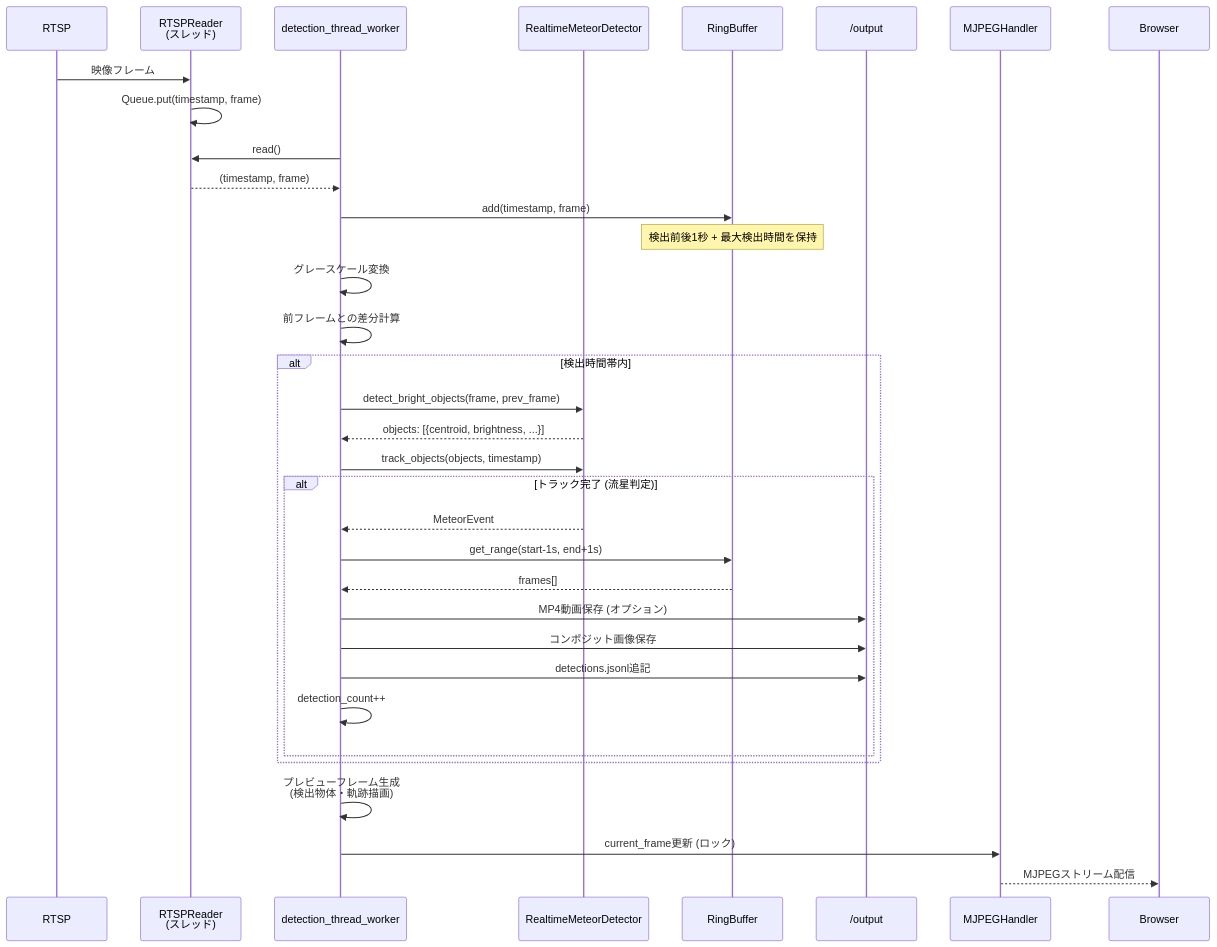
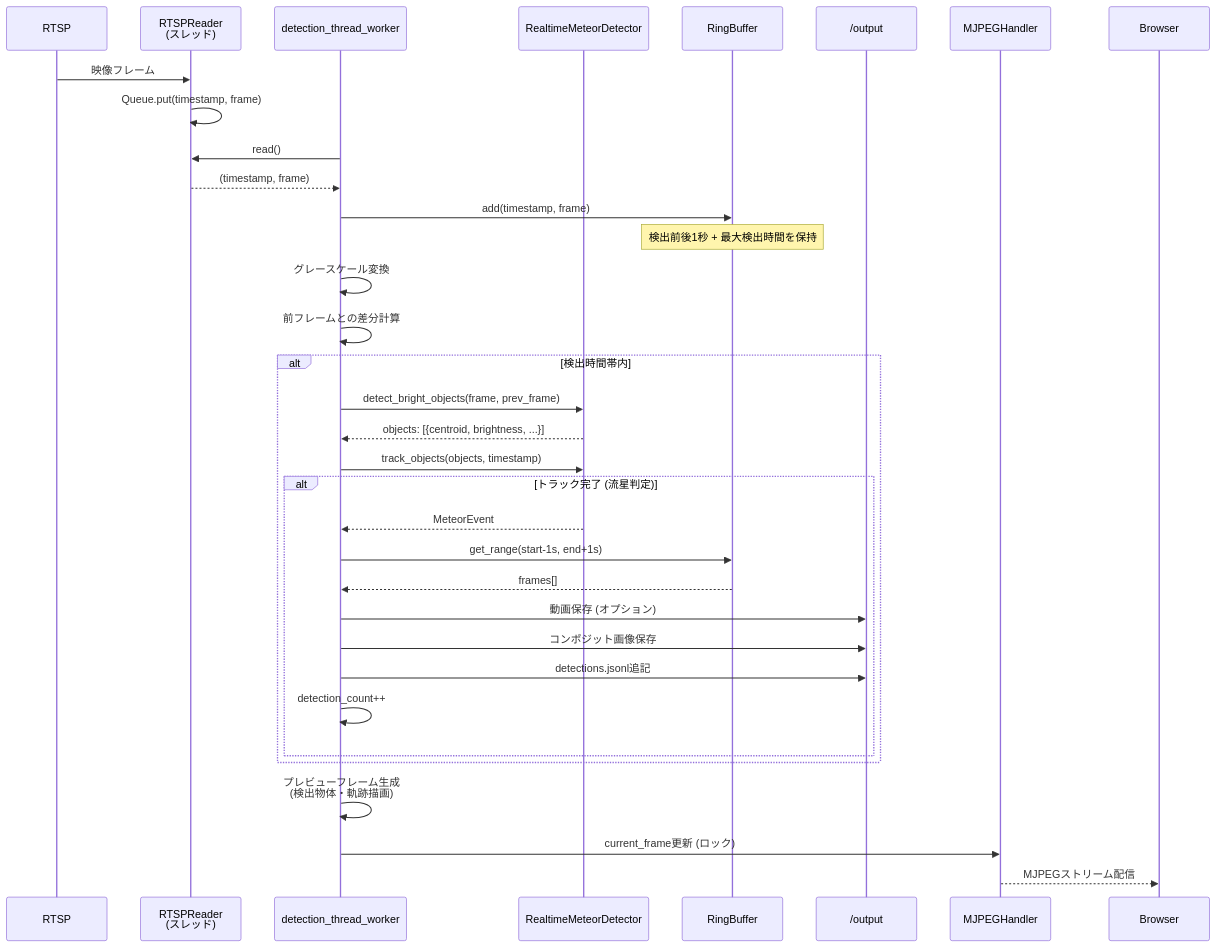
One commit to Masakai/meteo changed the fourth of 5 diagrams in documents/ARCHITECTURE.md. Above: the diagram before and after it, drawn with Mermaid. The commit also changed other lines of this file and 15 other files, not shown here.

````diff
--- a/documents/ARCHITECTURE.md
+++ b/documents/ARCHITECTURE.md
@@ -133,47 +133,47 @@
 ```mermaid
 sequenceDiagram
     participant RTSP
     participant Reader as RTSPReader<br/>(スレッド)
     participant DetectionThread as detection_thread_worker
     participant Detector as RealtimeMeteorDetector
     participant RingBuffer
     participant Storage as /output
     participant WebServer as MJPEGHandler
 
     RTSP->>Reader: 映像フレーム
     Reader->>Reader: Queue.put(timestamp, frame)
 
     DetectionThread->>Reader: read()
     Reader-->>DetectionThread: (timestamp, frame)
 
     DetectionThread->>RingBuffer: add(timestamp, frame)
     Note over RingBuffer: 検出前後1秒 + 最大検出時間を保持
 
     DetectionThread->>DetectionThread: グレースケール変換
     DetectionThread->>DetectionThread: 前フレームとの差分計算
 
     alt 検出時間帯内
         DetectionThread->>Detector: detect_bright_objects(frame, prev_frame)
         Detector-->>DetectionThread: objects: [{centroid, brightness, ...}]
 
         DetectionThread->>Detector: track_objects(objects, timestamp)
 
         alt トラック完了 (流星判定)
             Detector-->>DetectionThread: MeteorEvent
 
             DetectionThread->>RingBuffer: get_range(start-1s, end+1s)
             RingBuffer-->>DetectionThread: frames[]
 
-            DetectionThread->>Storage: MP4動画保存 (オプション)
+            DetectionThread->>Storage: 動画保存 (オプション)
             DetectionThread->>Storage: コンポジット画像保存
             DetectionThread->>Storage: detections.jsonl追記
 
             DetectionThread->>DetectionThread: detection_count++
         end
     end
 
     DetectionThread->>DetectionThread: プレビューフレーム生成<br/>(検出物体・軌跡描画)
     DetectionThread->>WebServer: current_frame更新 (ロック)
 
     WebServer-->>Browser: MJPEGストリーム配信
 ```
````
